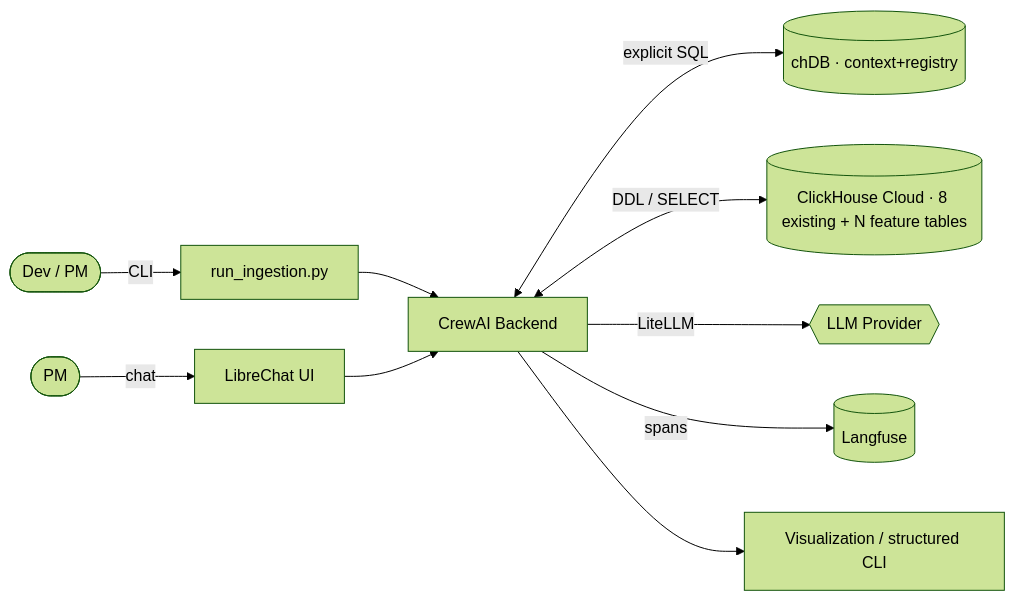
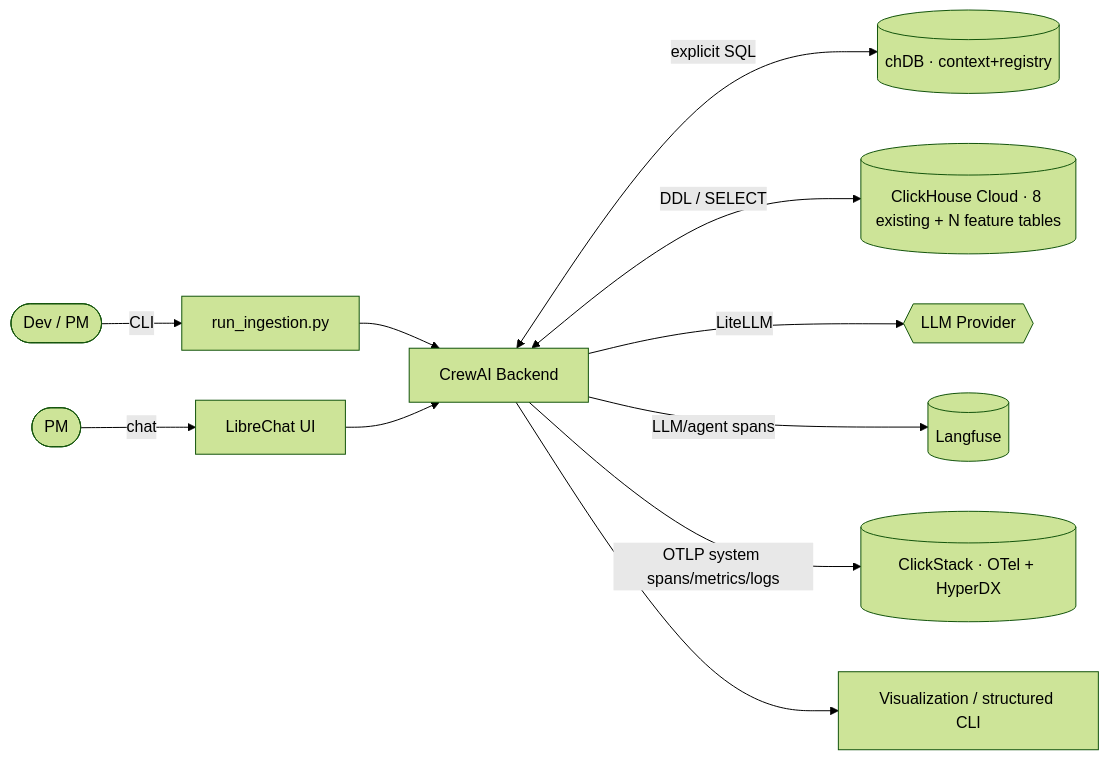
The first of 2 diagrams in final_wiby.md (deepesh17feb/InsightMesh), drawn with Mermaid (forest theme) before and after one commit. The commit also changed other lines of this file, not shown here.

````diff
--- a/final_wiby.md
+++ b/final_wiby.md
@@ -96,12 +102,13 @@
 ```mermaid
 flowchart LR
     Dev([Dev / PM]) -->|CLI| CLI["run_ingestion.py"]
     PM([PM]) -->|chat| LC[LibreChat UI]
     CLI --> Backend[CrewAI Backend]
     LC --> Backend
     Backend <-->|explicit SQL| chDB[(chDB · context+registry)]
     Backend <-->|DDL / SELECT| CH[(ClickHouse Cloud · 8 existing + N feature tables)]
     Backend -->|LiteLLM| LLM{{LLM Provider}}
-    Backend -->|spans| LF[(Langfuse)]
+    Backend -->|LLM/agent spans| LF[(Langfuse)]
+    Backend -->|OTLP system spans/metrics/logs| CS[(ClickStack · OTel + HyperDX)]
     Backend --> VIZ[Visualization / structured CLI]
 ```
````
